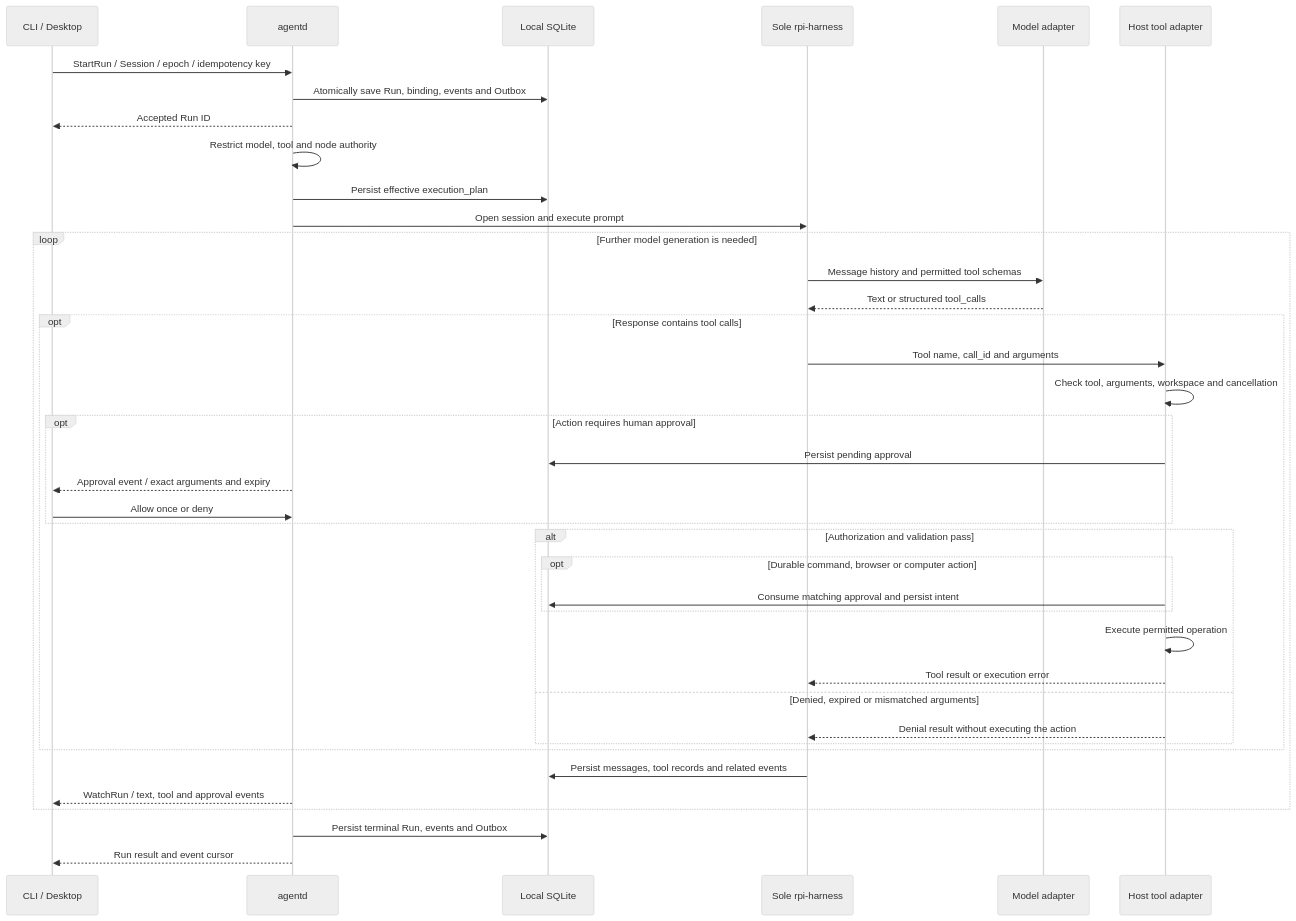
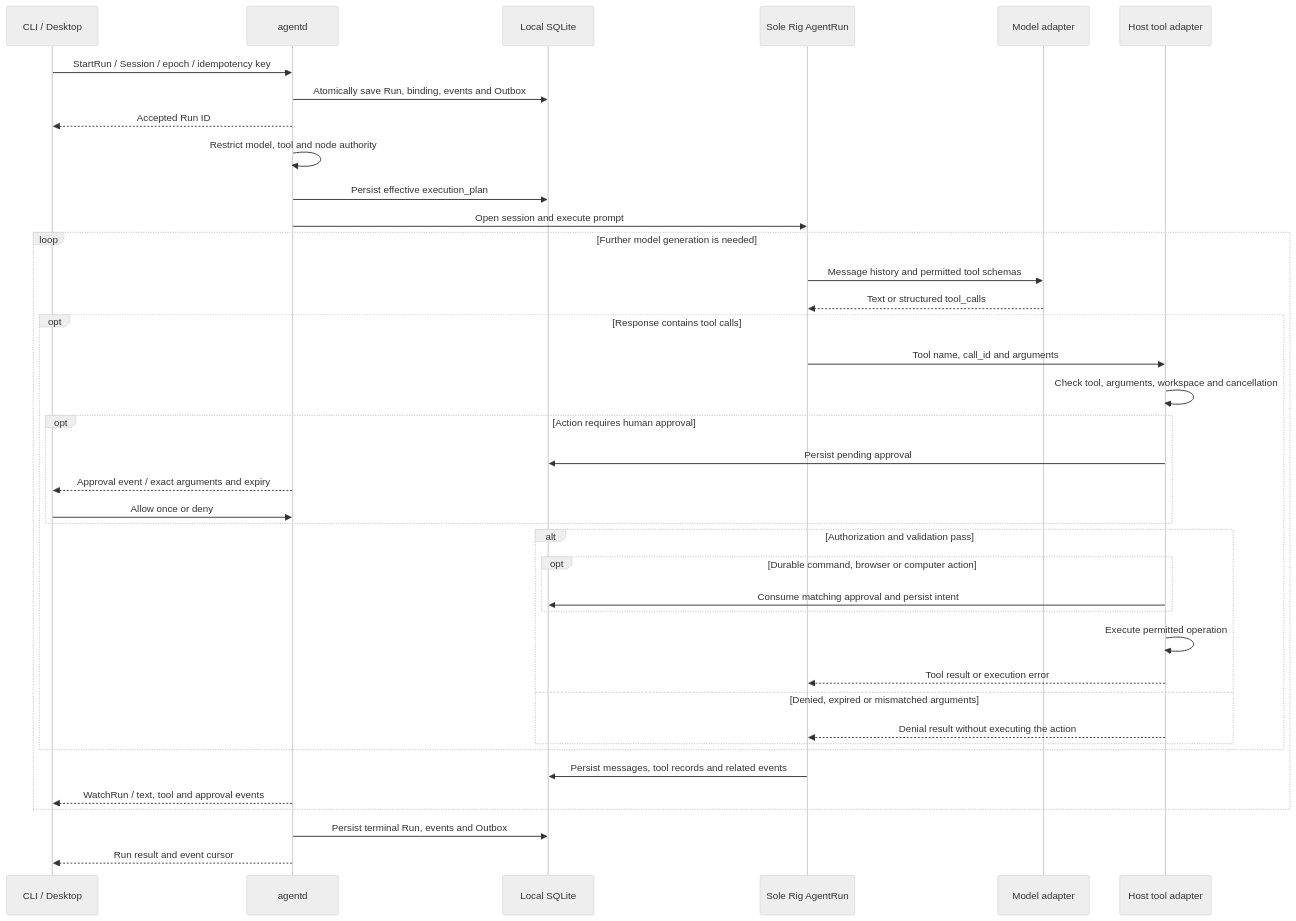
One commit to lyonbrown4d/lyonbrown changed the second of 4 diagrams in docs/en/src/architecture.md. Above: the diagram before and after it, drawn with Mermaid (neutral theme). The commit also changed other lines of this file and 149 other files, not shown here.

````diff
--- a/docs/en/src/architecture.md
+++ b/docs/en/src/architecture.md
@@ -97,41 +97,41 @@
 ```mermaid
 sequenceDiagram
     participant C as CLI / Desktop
     participant D as agentd
     participant S as Local SQLite
-    participant H as Sole rpi-harness
+    participant H as Sole Rig AgentRun
     participant P as Model adapter
     participant T as Host tool adapter
     C->>D: StartRun / Session / epoch / idempotency key
     D->>S: Atomically save Run, binding, events and Outbox
     D-->>C: Accepted Run ID
     D->>D: Restrict model, tool and node authority
     D->>S: Persist effective execution_plan
     D->>H: Open session and execute prompt
     loop Further model generation is needed
         H->>P: Message history and permitted tool schemas
         P-->>H: Text or structured tool_calls
         opt Response contains tool calls
             H->>T: Tool name, call_id and arguments
             T->>T: Check tool, arguments, workspace and cancellation
             opt Action requires human approval
                 T->>S: Persist pending approval
                 D-->>C: Approval event / exact arguments and expiry
                 C->>D: Allow once or deny
             end
             alt Authorization and validation pass
                 opt Durable command, browser or computer action
                     T->>S: Consume matching approval and persist intent
                 end
                 T->>T: Execute permitted operation
                 T-->>H: Tool result or execution error
             else Denied, expired or mismatched arguments
                 T-->>H: Denial result without executing the action
             end
         end
         H->>S: Persist messages, tool records and related events
         D-->>C: WatchRun / text, tool and approval events
     end
     D->>S: Persist terminal Run, events and Outbox
     D-->>C: Run result and event cursor
 ```
````
